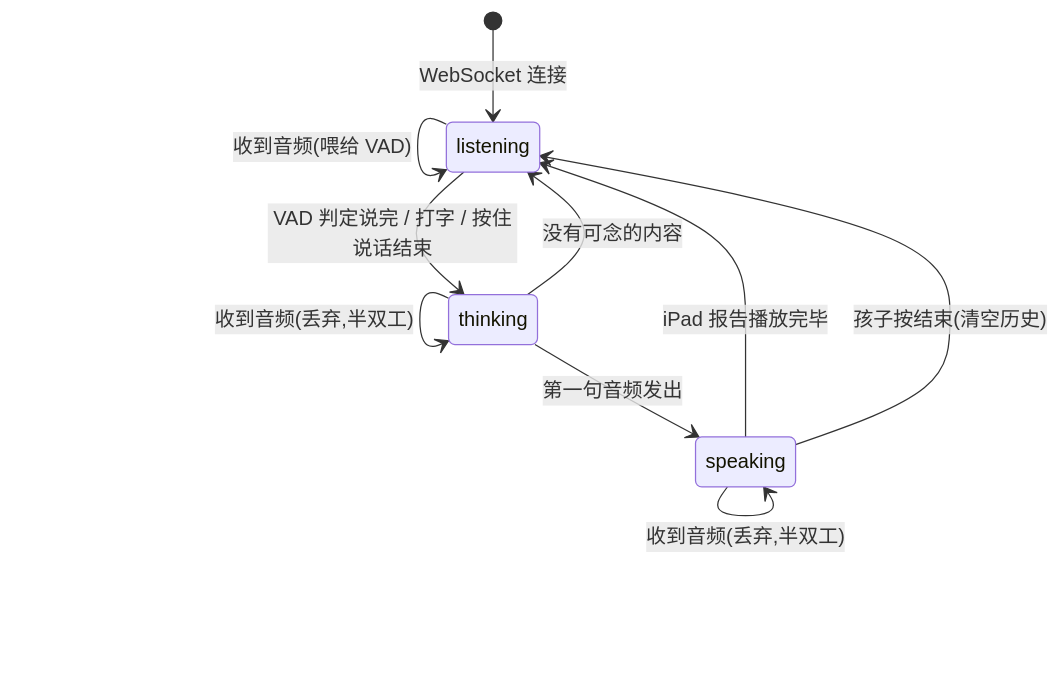
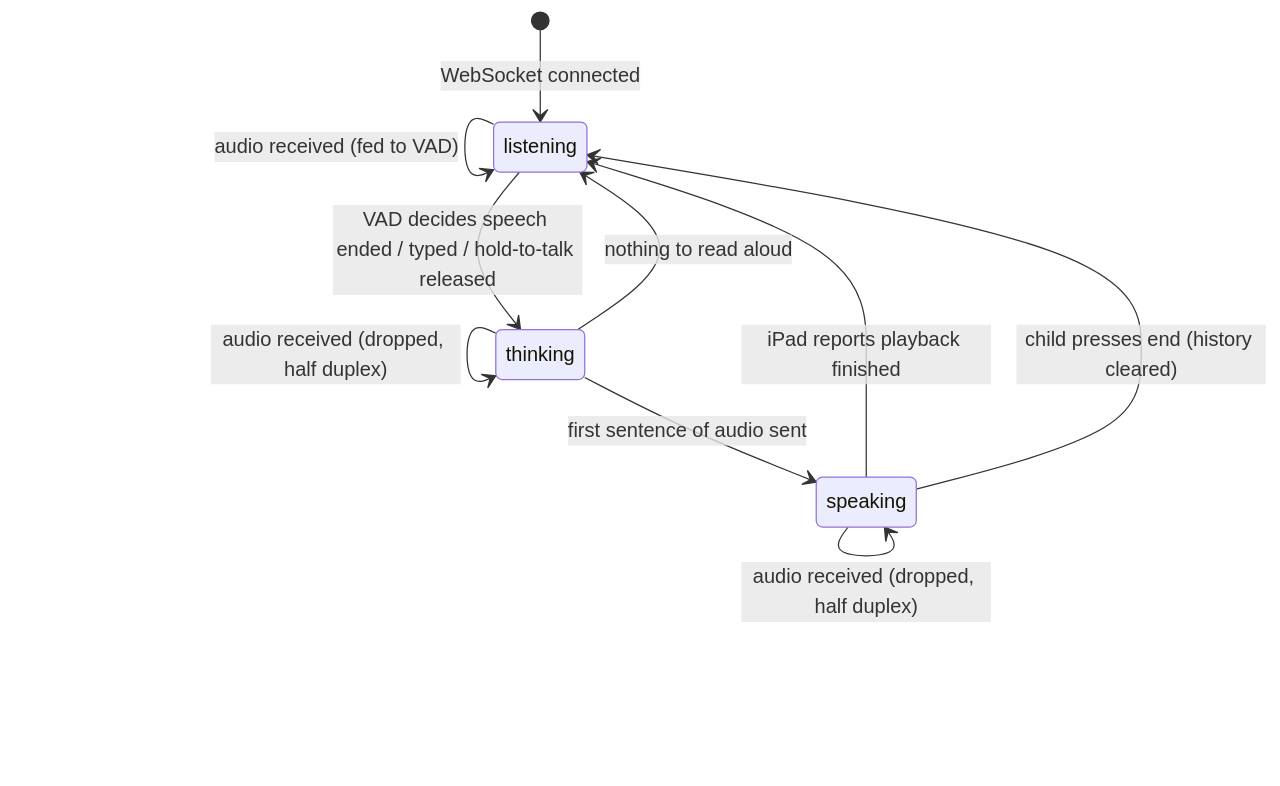
The fourth of 4 diagrams in docs/PROPOSAL.md (reybao/curiosity-pet), drawn with Mermaid before and after one commit. The commit also changed other lines of this file and 152 other files, not shown here.

````diff
--- a/docs/PROPOSAL.md
+++ b/docs/PROPOSAL.md
@@ -183,12 +183,12 @@
 ```mermaid
 stateDiagram-v2
-  [*] --> listening: WebSocket 连接
-  listening --> thinking: VAD 判定说完 / 打字 / 按住说话结束
-  thinking --> speaking: 第一句音频发出
-  thinking --> listening: 没有可念的内容
-  speaking --> listening: iPad 报告播放完毕
-  speaking --> listening: 孩子按结束(清空历史)
-  listening --> listening: 收到音频(喂给 VAD)
-  thinking --> thinking: 收到音频(丢弃,半双工)
-  speaking --> speaking: 收到音频(丢弃,半双工)
+  [*] --> listening: WebSocket connected
+  listening --> thinking: VAD decides speech ended / typed / hold-to-talk released
+  thinking --> speaking: first sentence of audio sent
+  thinking --> listening: nothing to read aloud
+  speaking --> listening: iPad reports playback finished
+  speaking --> listening: child presses end (history cleared)
+  listening --> listening: audio received (fed to VAD)
+  thinking --> thinking: audio received (dropped, half duplex)
+  speaking --> speaking: audio received (dropped, half duplex)
 ```
````
